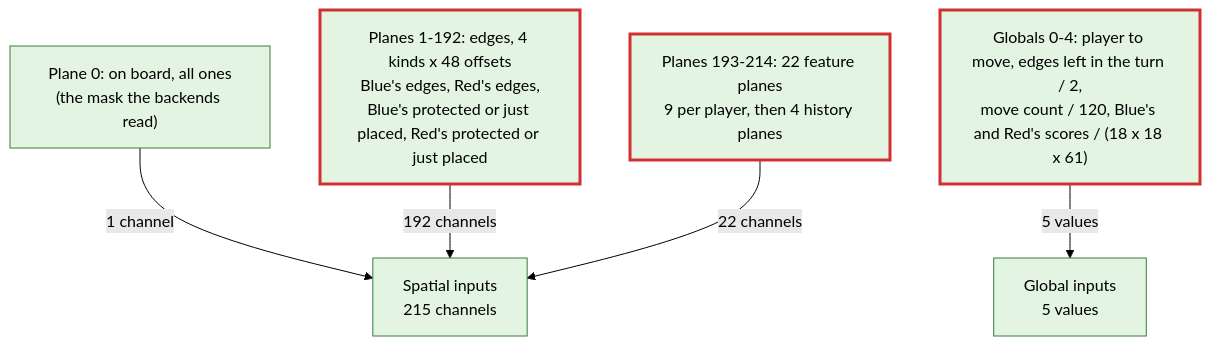
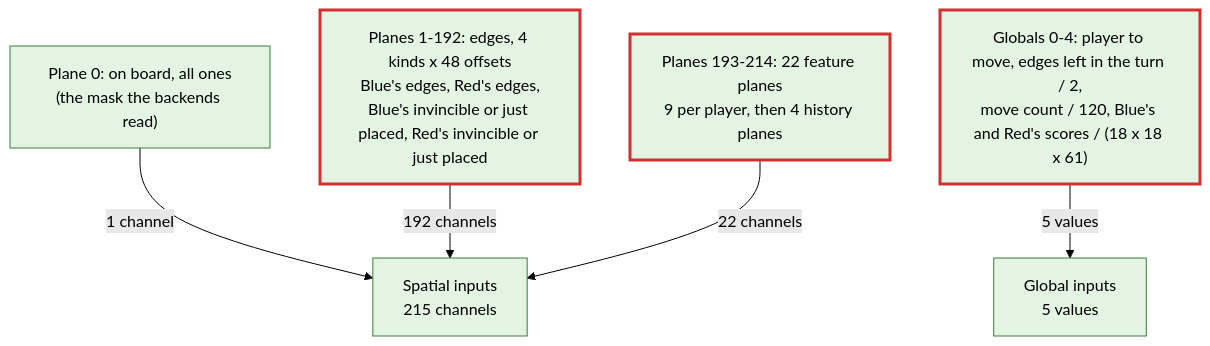
The second of 5 diagrams in ENCLOSURE_NETWORK.md (abstractclass-org/KataGame), drawn with Mermaid (forest theme) before and after one commit. The commit also changed 17 other files, not shown here.

````diff
--- a/ENCLOSURE_NETWORK.md
+++ b/ENCLOSURE_NETWORK.md
@@ -136,18 +136,18 @@
 ```mermaid
 flowchart TD
     M["Plane 0: on board, all ones<br/>(the mask the backends read)"]
-    E["Planes 1-192: edges, 4 kinds x 48 offsets<br/>Blue's edges, Red's edges,<br/>Blue's protected or just placed, Red's protected or just placed"]
+    E["Planes 1-192: edges, 4 kinds x 48 offsets<br/>Blue's edges, Red's edges,<br/>Blue's invincible or just placed, Red's invincible or just placed"]
     F["Planes 193-214: 22 feature planes<br/>9 per player, then 4 history planes"]
     G["Globals 0-4: player to move, edges left in the turn / 2,<br/>move count / 120, Blue's and Red's scores / (18 x 18 x 61)"]
     SI["Spatial inputs<br/>215 channels"]
     GI["Global inputs<br/>5 values"]
     M -->|"1 channel"| SI
     E -->|"192 channels"| SI
     F -->|"22 channels"| SI
     G -->|"5 values"| GI
     class M,E,F,G,SI,GI io
     style E stroke:#d03030,stroke-width:3px
     style F stroke:#d03030,stroke-width:3px
     style G stroke:#d03030,stroke-width:3px
     classDef io fill:#e3f4e3,stroke:#3a7d3a,color:#000
 ```
````
